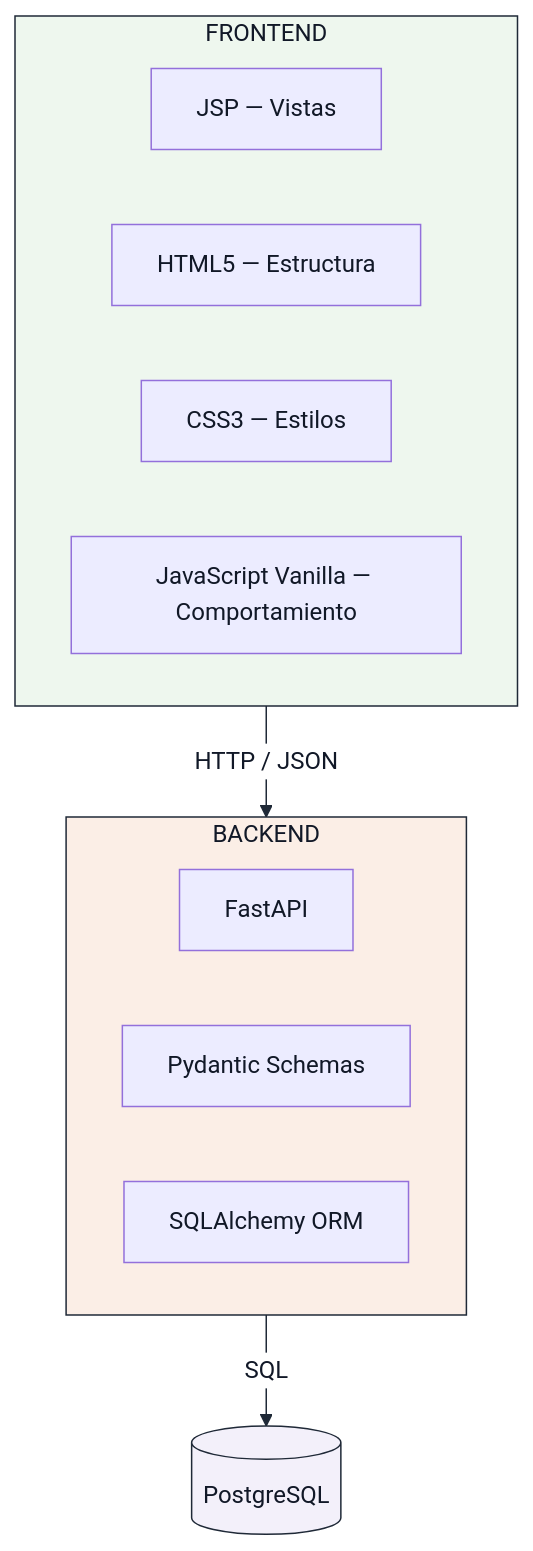
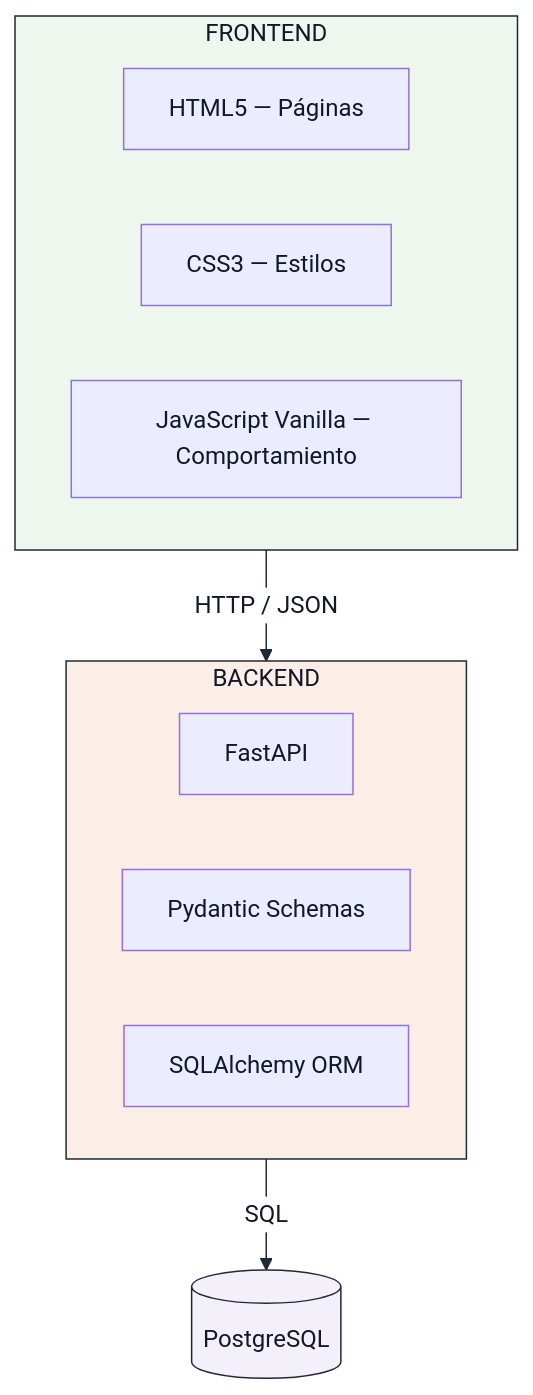
One commit to Darksam03/RuralConecta-ProyectoWeb changed the seventh of 8 diagrams in docs/arquitectura/estructura-frontend.md. Above: the diagram before and after it, drawn with Mermaid. The commit also changed other lines of this file and 3 other files, not shown here.

````diff
--- a/docs/arquitectura/estructura-frontend.md
+++ b/docs/arquitectura/estructura-frontend.md
@@ -645,24 +598,23 @@
 ```mermaid
 %%{init: {'themeVariables': {'textColor':'#111827','primaryTextColor':'#111827','primaryColor':'#eef2f7','primaryBorderColor':'#1f2937','lineColor':'#1f2937','secondaryColor':'#eef2f7','tertiaryColor':'#f3f4f6','edgeLabelBackground':'#ffffff'}}}%%
 flowchart TD
     subgraph FE["FRONTEND"]
-        F1["JSP — Vistas"]
-        F2["HTML5 — Estructura"]
-        F3["CSS3 — Estilos"]
-        F4["JavaScript Vanilla — Comportamiento"]
+        F1["HTML5 — Páginas"]
+        F2["CSS3 — Estilos"]
+        F3["JavaScript Vanilla — Comportamiento"]
     end
 
     FE -->|"HTTP / JSON"| BE
 
     subgraph BE["BACKEND"]
         B1["FastAPI"]
         B2["Pydantic Schemas"]
         B3["SQLAlchemy ORM"]
     end
 
     BE -->|"SQL"| DB[("PostgreSQL")]
 
     style FE fill:#eef7ee,stroke:#1f2937,color:#111827
     style BE fill:#fbeee6,stroke:#1f2937,color:#111827
     style DB fill:#f3f0fa,stroke:#1f2937,color:#111827
 ```
````
